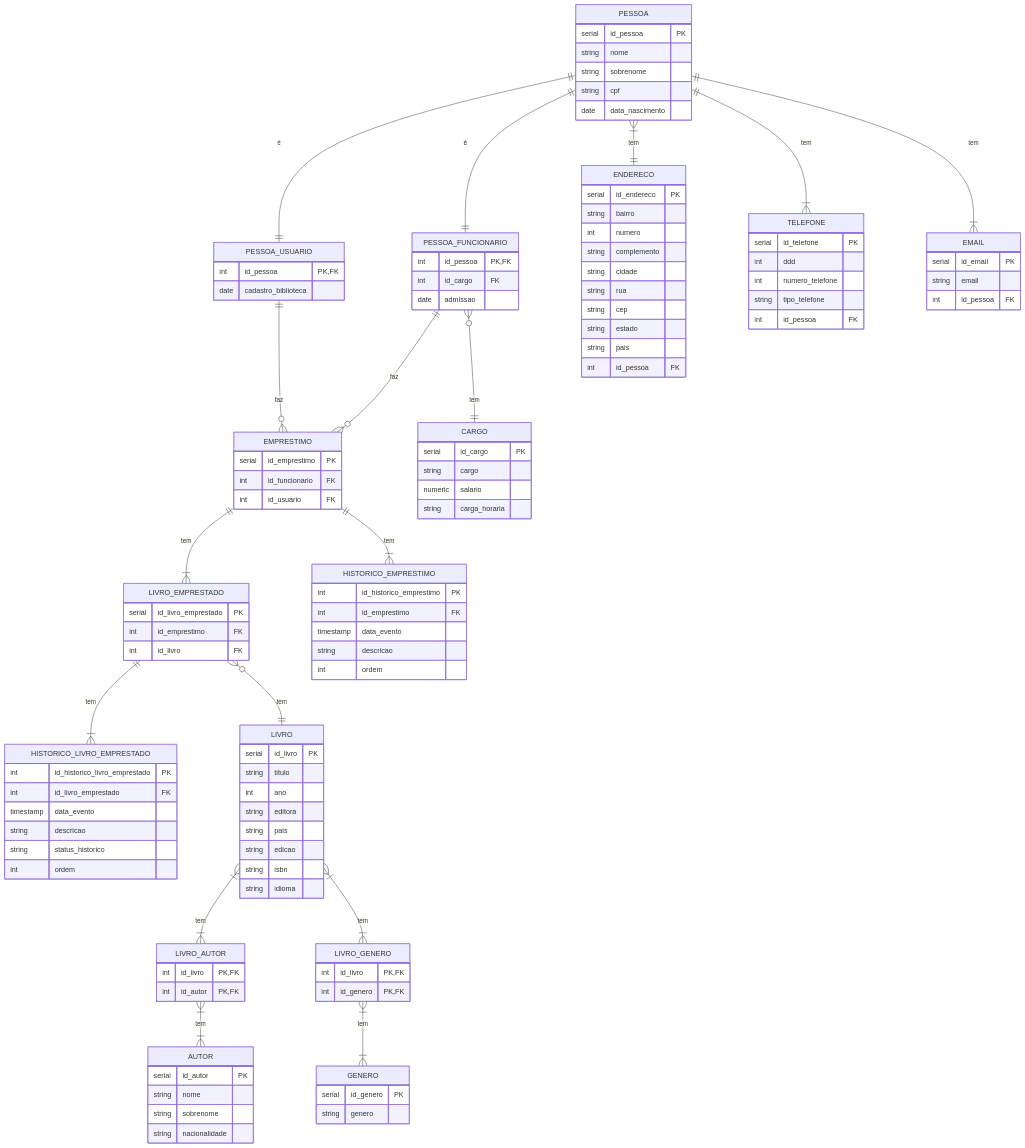
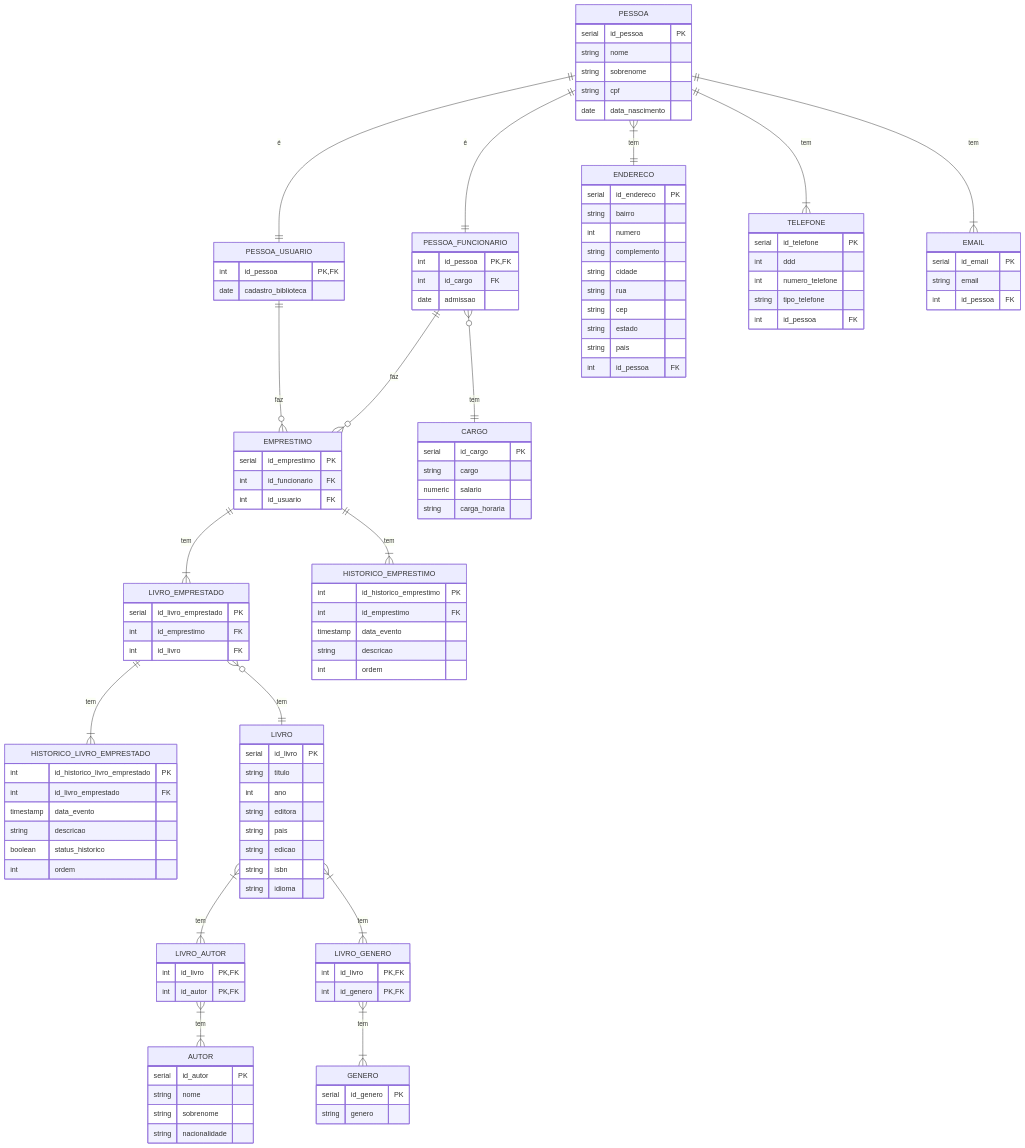
The diagram in Diagrama.md (Projeto-Final-Andre/Biblioteca-BD), drawn with Mermaid before and after one commit. The commit also changed 4 other files, not shown here.

```diff
--- a/Diagrama.md
+++ b/Diagrama.md
@@ -69,7 +69,7 @@
         int id_livro_emprestado FK
         timestamp data_evento
         string descricao
-        string status_historico
+        boolean status_historico
         int ordem
     }
 
```
